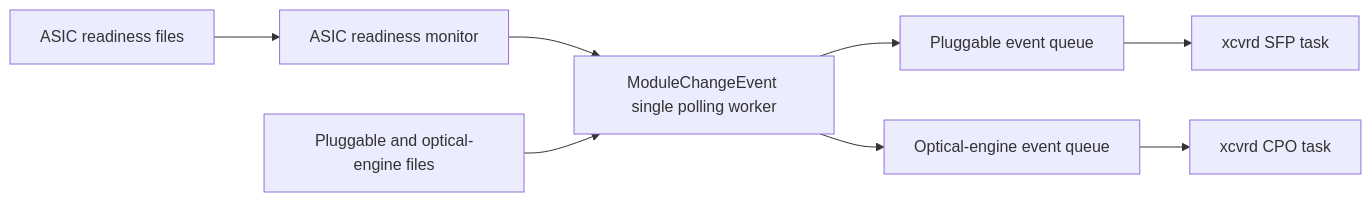
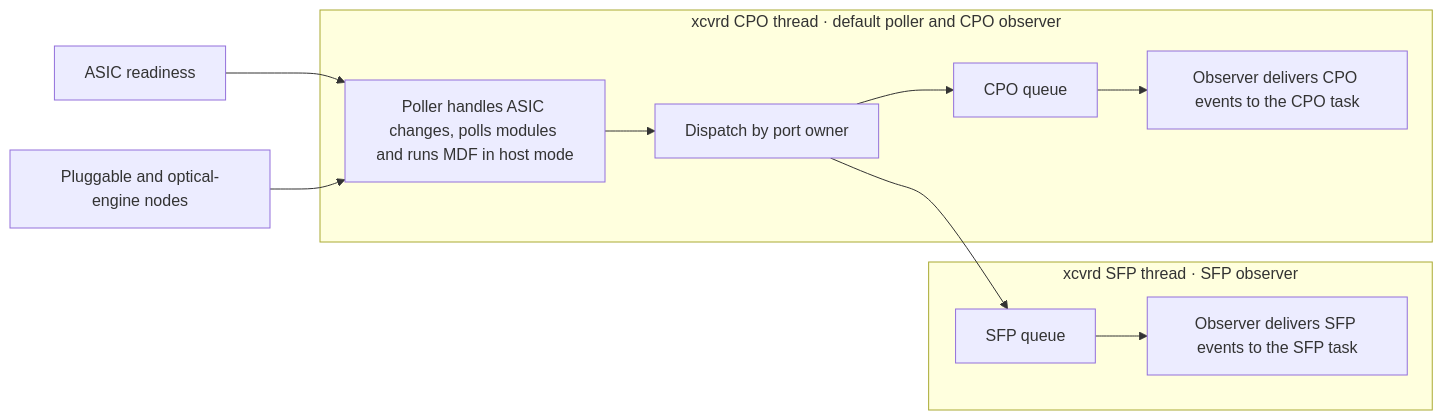
The second of 2 diagrams in doc/module-change-event-refactor/module-change-event-refactor-hld.md (sonic-net/SONiC), drawn with Mermaid before and after one commit. The commit also changed other lines of this file, not shown here.

First line of the commit message:
doc: Clarify module event polling and observer roles

````diff
--- a/doc/module-change-event-refactor/module-change-event-refactor-hld.md
+++ b/doc/module-change-event-refactor/module-change-event-refactor-hld.md
@@ -85,10 +106,14 @@
 ```mermaid
 flowchart LR
-    ASIC["ASIC readiness files"] --> MON["ASIC readiness monitor"]
-    MON --> EVENT["ModuleChangeEvent single polling worker"]
-    MOD["Pluggable and optical-engine files"] --> EVENT
-    EVENT --> SQ["Pluggable event queue"]
-    EVENT --> CQ["Optical-engine event queue"]
-    SQ --> SFP["xcvrd SFP task"]
-    CQ --> CPO["xcvrd CPO task"]
+    ASIC["ASIC readiness"] --> POLL
+    MOD["Pluggable and optical-engine nodes"] --> POLL
+    subgraph CPO["xcvrd CPO thread · default poller and CPO observer"]
+        POLL["Poller handles ASIC changes, polls modules and runs MDF in host mode"] --> DISPATCH["Dispatch by port owner"]
+        DISPATCH --> CQ["CPO queue"]
+        CQ --> COBS["Observer delivers CPO events to the CPO task"]
+    end
+    subgraph SFP["xcvrd SFP thread · SFP observer"]
+        SQ["SFP queue"] --> SOBS["Observer delivers SFP events to the SFP task"]
+    end
+    DISPATCH --> SQ
 ```
````
